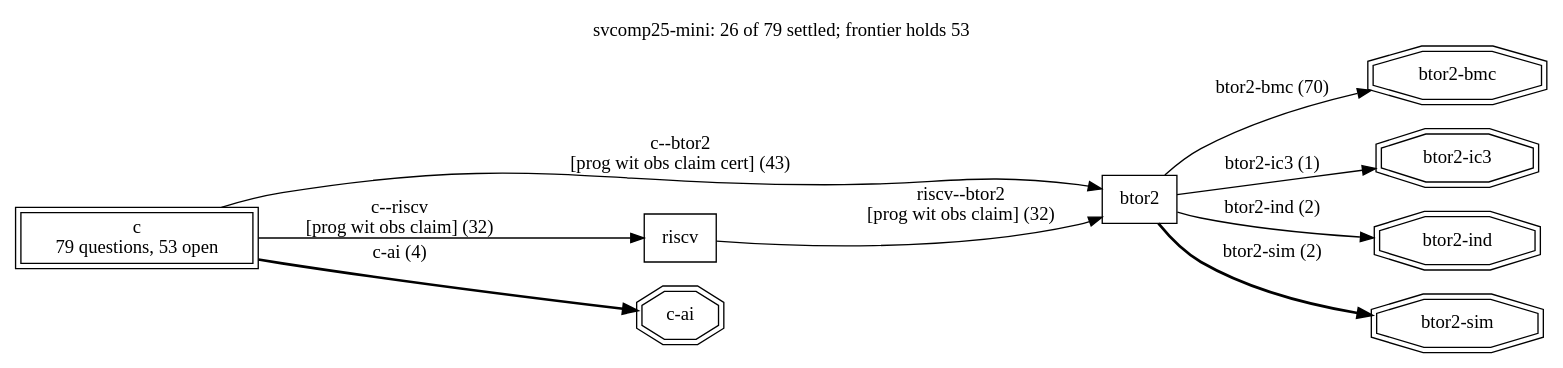
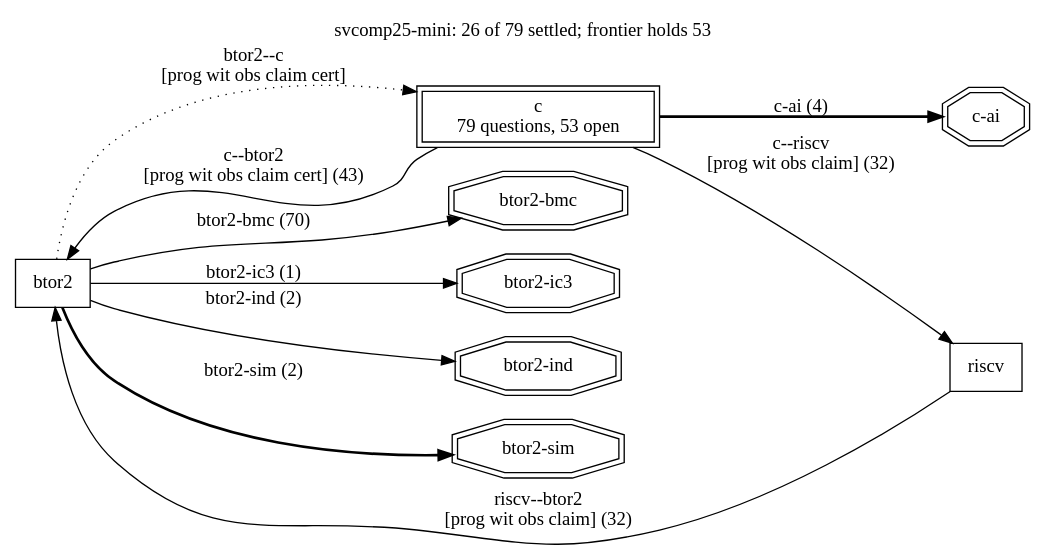
Before and after one commit to cksystemsgroup/hurdy-gurdy: the diagram in runs/svcomp25-mini/frontier.dot, drawn with Graphviz. The commit also changed 85 other files, not shown here.

```diff
--- a/runs/svcomp25-mini/frontier.dot
+++ b/runs/svcomp25-mini/frontier.dot
@@ -1,21 +1,22 @@
 digraph "svcomp25-mini" {
   rankdir=LR; labelloc=t;
   label="svcomp25-mini: 26 of 79 settled; frontier holds 53";
   node [shape=box];
   "btor2";
   "c" [peripheries=2, label="c\n79 questions, 53 open"];
   "riscv";
+  "btor2" -> "c" [style=dotted, label="btor2--c\n[prog wit obs claim cert]"];
   "c" -> "btor2" [style=solid, label="c--btor2\n[prog wit obs claim cert] (43)"];
   "c" -> "riscv" [style=solid, label="c--riscv\n[prog wit obs claim] (32)"];
   "riscv" -> "btor2" [style=solid, label="riscv--btor2\n[prog wit obs claim] (32)"];
   "search:btor2-bmc" [shape=doubleoctagon, label="btor2-bmc"];
   "btor2" -> "search:btor2-bmc" [style=solid, label="btor2-bmc (70)"];
   "search:btor2-ic3" [shape=doubleoctagon, label="btor2-ic3"];
   "btor2" -> "search:btor2-ic3" [style=solid, label="btor2-ic3 (1)"];
   "search:btor2-ind" [shape=doubleoctagon, label="btor2-ind"];
   "btor2" -> "search:btor2-ind" [style=solid, label="btor2-ind (2)"];
   "search:btor2-sim" [shape=doubleoctagon, label="btor2-sim"];
   "btor2" -> "search:btor2-sim" [style=bold, label="btor2-sim (2)"];
   "search:c-ai" [shape=doubleoctagon, label="c-ai"];
   "c" -> "search:c-ai" [style=bold, label="c-ai (4)"];
 }
```
